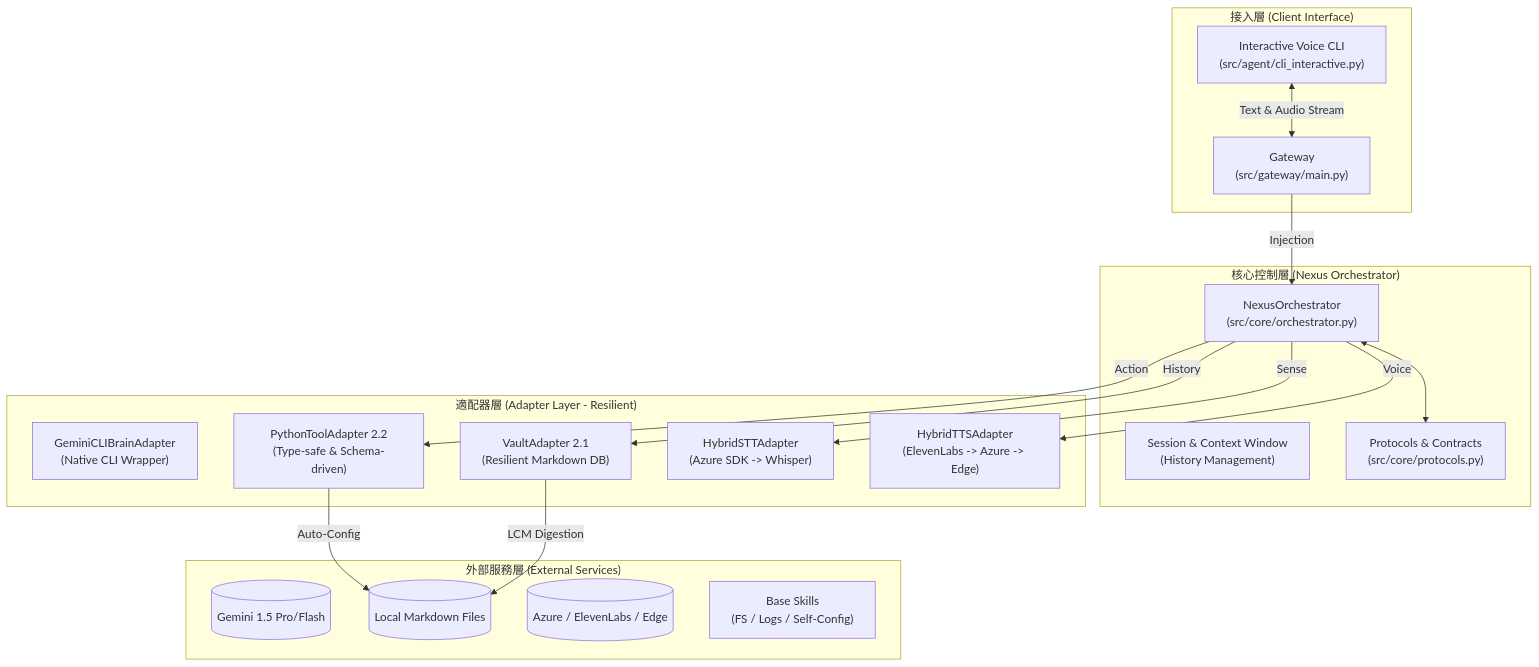
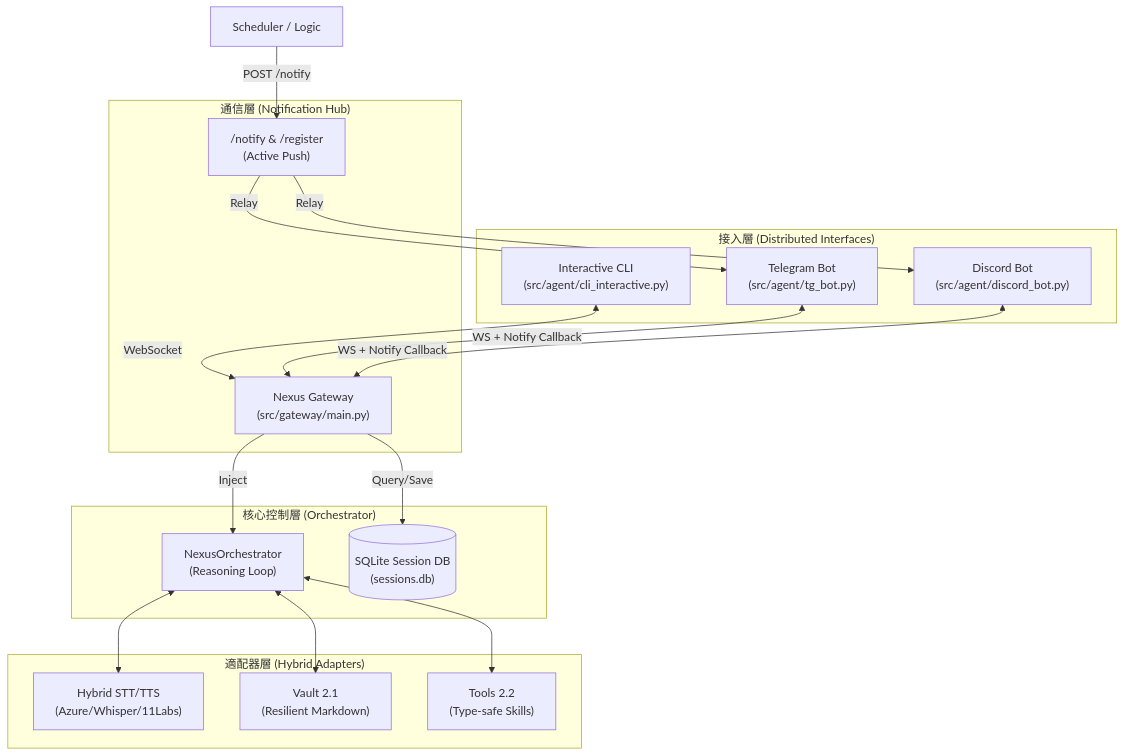
The diagram in CURRENT_ARCHITECTURE.md (tori-kago/nexus), drawn with Mermaid before and after one commit. The commit also changed other lines of this file and 10 other files, not shown here.

````diff
--- a/CURRENT_ARCHITECTURE.md
+++ b/CURRENT_ARCHITECTURE.md
@@ -7,43 +7,41 @@
 ```mermaid
 graph TD
-    subgraph "接入層 (Client Interface)"
-        Gateway["Gateway<br/>(src/gateway/main.py)"]
-        Interactive_CLI["Interactive Voice CLI<br/>(src/agent/cli_interactive.py)"]
+    subgraph "接入層 (Distributed Interfaces)"
+        CLI["Interactive CLI<br/>(src/agent/cli_interactive.py)"]
+        TG["Telegram Bot<br/>(src/agent/tg_bot.py)"]
+        DC["Discord Bot<br/>(src/agent/discord_bot.py)"]
     end
 
-    subgraph "核心控制層 (Nexus Orchestrator)"
-        Flow_Manager["NexusOrchestrator<br/>(src/core/orchestrator.py)"]
-        Session_Manager["Session & Context Window<br/>(History Management)"]
-        Protocols["Protocols & Contracts<br/>(src/core/protocols.py)"]
+    subgraph "通信層 (Notification Hub)"
+        Gateway["Nexus Gateway<br/>(src/gateway/main.py)"]
+        Notify_API["/notify & /register<br/>(Active Push)"]
     end
 
-    subgraph "適配器層 (Adapter Layer - Resilient)"
-        Brain_Adapter["GeminiCLIBrainAdapter<br/>(Native CLI Wrapper)"]
-        Memory_Adapter["VaultAdapter 2.1<br/>(Resilient Markdown DB)"]
-        Tool_Adapter["PythonToolAdapter 2.2<br/>(Type-safe & Schema-driven)"]
-        STT_Adapter["HybridSTTAdapter<br/>(Azure SDK -> Whisper)"]
-        TTS_Adapter["HybridTTSAdapter<br/>(ElevenLabs -> Azure -> Edge)"]
+    subgraph "核心控制層 (Orchestrator)"
+        Flow_Manager["NexusOrchestrator<br/>(Reasoning Loop)"]
+        Session_DB[("SQLite Session DB<br/>(sessions.db)")]
     end
 
-    subgraph "外部服務層 (External Services)"
-        LLM_Provider[("Gemini 1.5 Pro/Flash")]
-        Vault_Storage[("Local Markdown Files")]
-        Cloud_APIs[("Azure / ElevenLabs / Edge")]
-        Base_Skills["Base Skills<br/>(FS / Logs / Self-Config)"]
+    subgraph "適配器層 (Hybrid Adapters)"
+        Senses["Hybrid STT/TTS<br/>(Azure/Whisper/11Labs)"]
+        Vault["Vault 2.1<br/>(Resilient Markdown)"]
+        Tools["Tools 2.2<br/>(Type-safe Skills)"]
     end
 
-    %% 請求流向 (WebSocket/REST)
-    Interactive_CLI <-->|Text & Audio Stream| Gateway
-    Gateway -- "Injection" --> Flow_Manager
+    %% 請求流向
+    CLI <-->|WebSocket| Gateway
+    TG <-->|WS + Notify Callback| Gateway
+    DC <-->|WS + Notify Callback| Gateway
     
-    %% 核心呼叫 Adapters
-    Flow_Manager <--> Protocols
-    Flow_Manager -- "Action" --> Tool_Adapter
-    Flow_Manager -- "Sense" --> STT_Adapter
-    Flow_Manager -- "Voice" --> TTS_Adapter
-    Flow_Manager -- "History" --> Memory_Adapter
+    Gateway -- "Query/Save" --> Session_DB
+    Gateway -- "Inject" --> Flow_Manager
+    
+    Flow_Manager <--> Senses
+    Flow_Manager <--> Vault
+    Flow_Manager <--> Tools
 
-    %% 關鍵流程
-    Tool_Adapter -- "Auto-Config" --> Vault_Storage
-    Memory_Adapter -- "LCM Digestion" --> Vault_Storage
+    %% 主動通知流
+    External_Task["Scheduler / Logic"] -- "POST /notify" --> Notify_API
+    Notify_API -- "Relay" --> TG
+    Notify_API -- "Relay" --> DC
 ```
````
